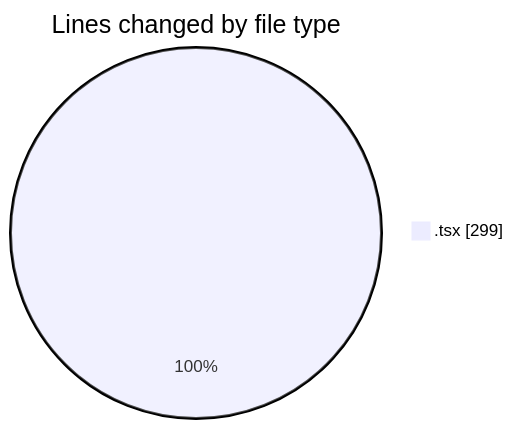
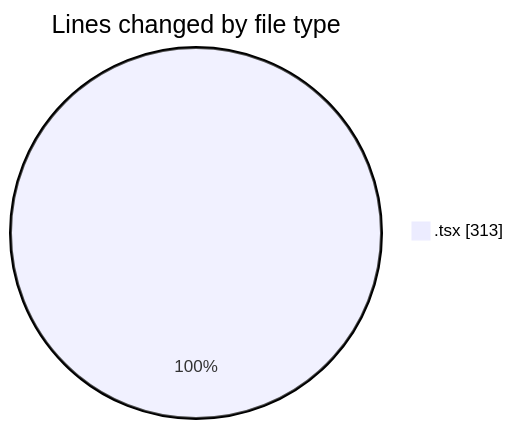
The first of 2 diagrams in 2025-01-20/activity-tracker/README.md (momahboobian/code-tracking), drawn with Mermaid before and after one commit. The commit also changed other lines of this file and 1 other file, not shown here.

````diff
--- a/2025-01-20/activity-tracker/README.md
+++ b/2025-01-20/activity-tracker/README.md
@@ -23,5 +23,5 @@
 ```mermaid
 pie showData
 title Lines changed by file type
-".tsx" : 299
+".tsx" : 313
 ```
````
